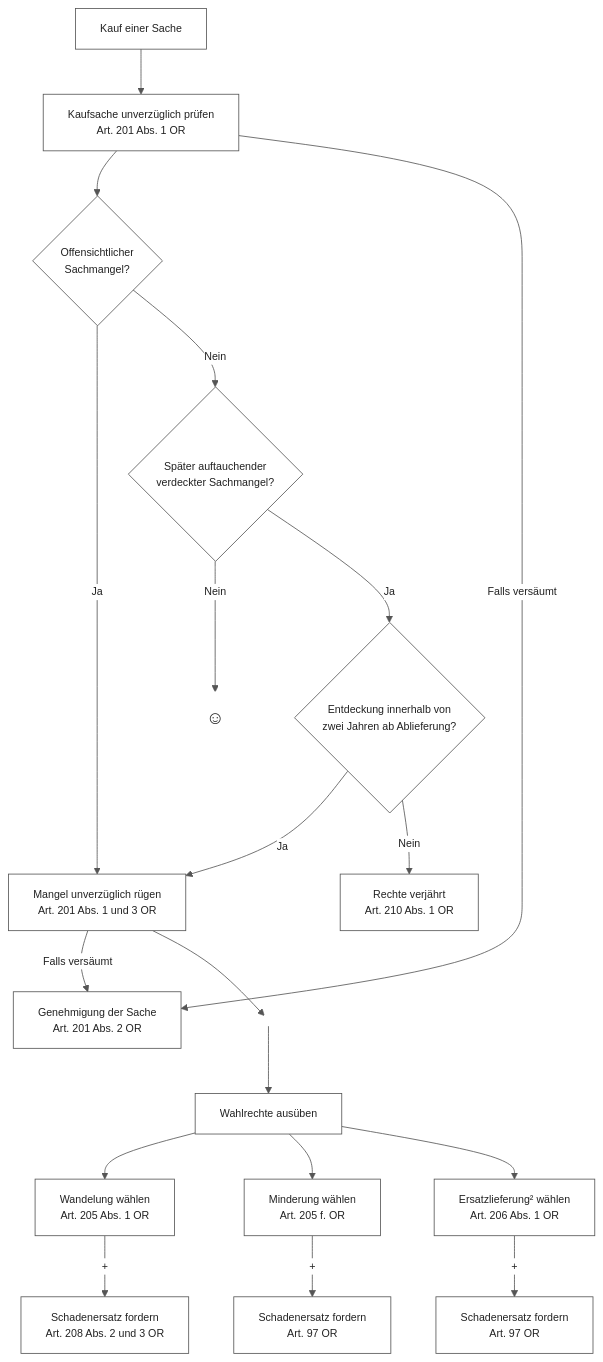
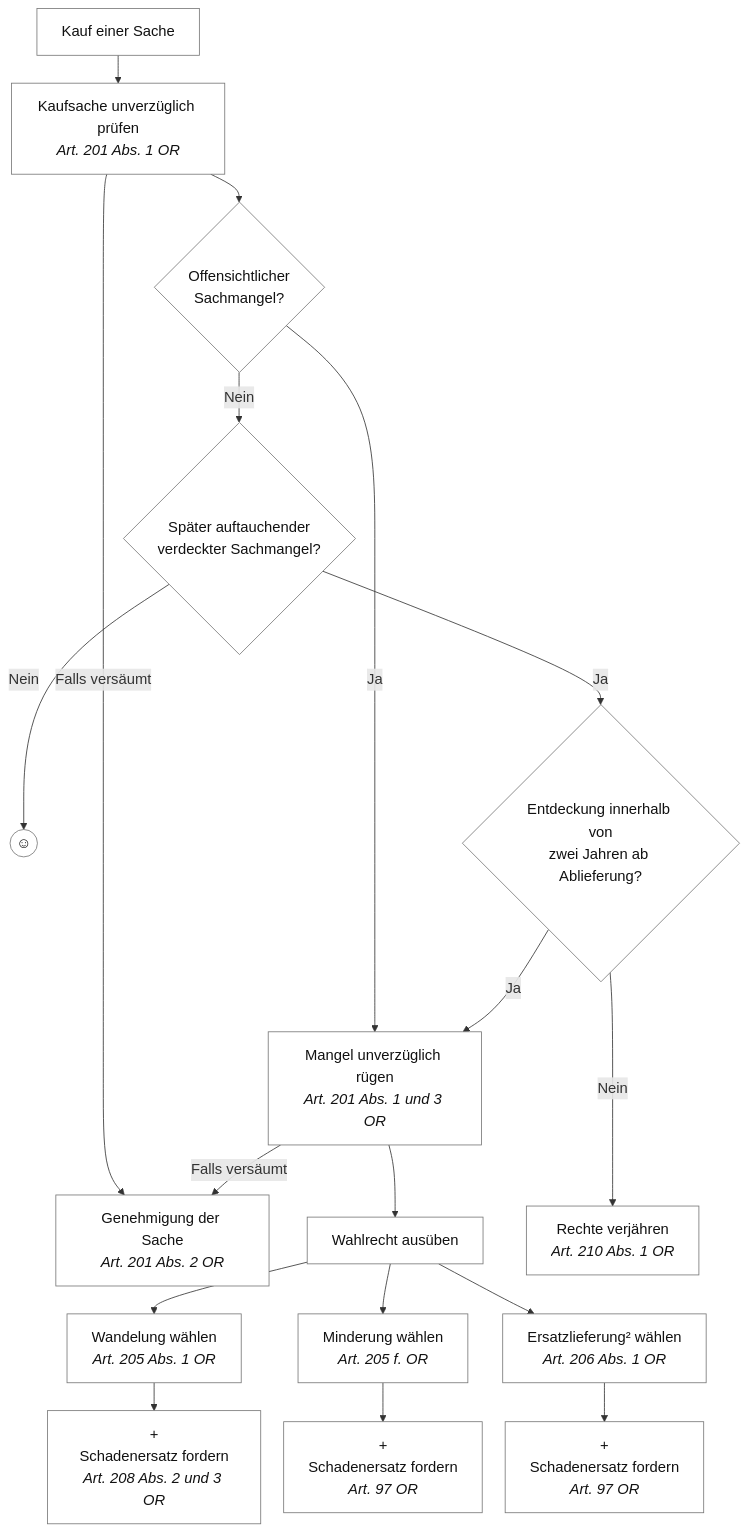
Before and after one commit to k-tsky/OST: the diagram in BuRe/img/OR/schlechterfüllung.mermaid, drawn with Mermaid. The commit also changed 10 other files, not shown here.

```diff
--- a/BuRe/img/OR/schlechterfüllung.mermaid
+++ b/BuRe/img/OR/schlechterfüllung.mermaid
@@ -1,59 +1,46 @@
-%%{init: {"flowchart": {"htmlLabels": true, "curve": "basis", "nodeSpacing": 55, "rankSpacing": 55}, "theme": "base", "themeVariables": {"fontFamily": "Calibri, Arial", "fontSize": "13px", "primaryColor": "#ffffff", "primaryTextColor": "#222222", "primaryBorderColor": "#555555", "lineColor": "#555555", "edgeLabelBackground": "#ffffff"}}}%%
+---
+config:
+  themeVariables:
+    fontSize: 18px
+  flowchart:
+    nodeSpacing: 28
+    rankSpacing: 34
+---
+flowchart TD
+  A[Kauf einer Sache] --> B[Kaufsache unverzüglich prüfen<br/><em>Art. 201 Abs. 1 OR</em>]
 
-flowchart TB
-  kauf["Kauf einer Sache"]
-  pruefen["Kaufsache unverzüglich prüfen<br/>Art. 201 Abs. 1 OR"]
+  B --> C{Offensichtlicher<br/>Sachmangel?}
+  B -- Falls versäumt --> G[Genehmigung der Sache<br/><em>Art. 201 Abs. 2 OR</em>]
 
-  genehmigung["Genehmigung der Sache<br/>Art. 201 Abs. 2 OR"]
-  offen{"Offensichtlicher<br/>Sachmangel?"}
-  verdeckt{"Später auftauchender<br/>verdeckter Sachmangel?"}
-  kein_mangel["☺"]
+  C -- Ja --> D[Mangel unverzüglich rügen<br/><em>Art. 201 Abs. 1 und 3 OR</em>]
+  C -- Nein --> E{Später auftauchender<br/>verdeckter Sachmangel?}
 
-  frist{"Entdeckung innerhalb von<br/>zwei Jahren ab Ablieferung?"}
-  verjaehrt["Rechte verjährt<br/>Art. 210 Abs. 1 OR"]
+  E -- Nein --> OK((☺))
+  E -- Ja --> F{Entdeckung innerhalb von<br/>zwei Jahren ab Ablieferung?}
 
-  ruege["Mangel unverzüglich rügen<br/>Art. 201 Abs. 1 und 3 OR"]
-  spacer_wahl(( ))
-  wahl["Wahlrechte ausüben"]
+  F -- Ja --> D
+  F -- Nein --> H[Rechte verjähren<br/><em>Art. 210 Abs. 1 OR</em>]
 
-  wandelung["Wandelung wählen<br/>Art. 205 Abs. 1 OR"]
-  minderung["Minderung wählen<br/>Art. 205 f. OR"]
-  ersatz["Ersatzlieferung² wählen<br/>Art. 206 Abs. 1 OR"]
+  D -- Falls versäumt --> G
+  D --> I[Wahlrecht ausüben]
 
-  se1["Schadenersatz fordern<br/>Art. 208 Abs. 2 und 3 OR"]
-  se2["Schadenersatz fordern<br/>Art. 97 OR"]
-  se3["Schadenersatz fordern<br/>Art. 97 OR"]
+  I --> J[Wandelung wählen<br/><em>Art. 205 Abs. 1 OR</em>]
+  I --> L[Minderung wählen<br/><em>Art. 205 f. OR</em>]
+  I --> N[Ersatzlieferung² wählen<br/><em>Art. 206 Abs. 1 OR</em>]
 
-  kauf --> pruefen
-  pruefen --> offen
-  pruefen -- "Falls versäumt" --> genehmigung
+  J --> K[+<br/>Schadenersatz fordern<br/><em>Art. 208 Abs. 2 und 3 OR</em>]
+  L --> M[+<br/>Schadenersatz fordern<br/><em>Art. 97 OR</em>]
+  N --> O[+<br/>Schadenersatz fordern<br/><em>Art. 97 OR</em>]
 
-  offen -- "Ja" --> ruege
-  offen -- "Nein" --> verdeckt
+  G ~~~ D
+  H ~~~ N
 
-  verdeckt -- "Nein" --> kein_mangel
-  verdeckt -- "Ja" --> frist
 
-  frist -- "Ja" --> ruege
-  frist -- "Nein" --> verjaehrt
+  classDef box fill:#fff,stroke:#777,stroke-width:1px,color:#111;
+  classDef decision fill:#fff,stroke:#777,stroke-width:1px,color:#111;
+  classDef finalNode fill:#fff,stroke:#777,stroke-width:1px,color:#111;
+  classDef footnote fill:transparent,stroke:transparent,color:#111;
 
-  ruege -- "Falls versäumt" --> genehmigung
-  ruege --> spacer_wahl --> wahl
-
-  wahl --> wandelung
-  wahl --> minderung
-  wahl --> ersatz
-
-  wandelung -- "+" --> se1
-  minderung -- "+" --> se2
-  ersatz -- "+" --> se3
-
-  classDef box fill:#ffffff,stroke:#555555,stroke-width:1px,color:#222222;
-  classDef decision fill:#ffffff,stroke:#555555,stroke-width:1px,color:#222222;
-  classDef endnode fill:#ffffff,stroke:#ffffff,color:#222222,font-size:22px;
-  classDef invisible fill:#ffffff00,stroke:#ffffff00,color:#ffffff00;
-
-  class kauf,pruefen,genehmigung,ruege,verjaehrt,wahl,wandelung,minderung,ersatz,se1,se2,se3 box;
-  class offen,verdeckt,frist decision;
-  class kein_mangel endnode;
-  class spacer_wahl invisible;
+  class A,B,D,G,H,I,J,K,L,M,N,O box;
+  class C,E,F decision;
+  class OK finalNode;
```
